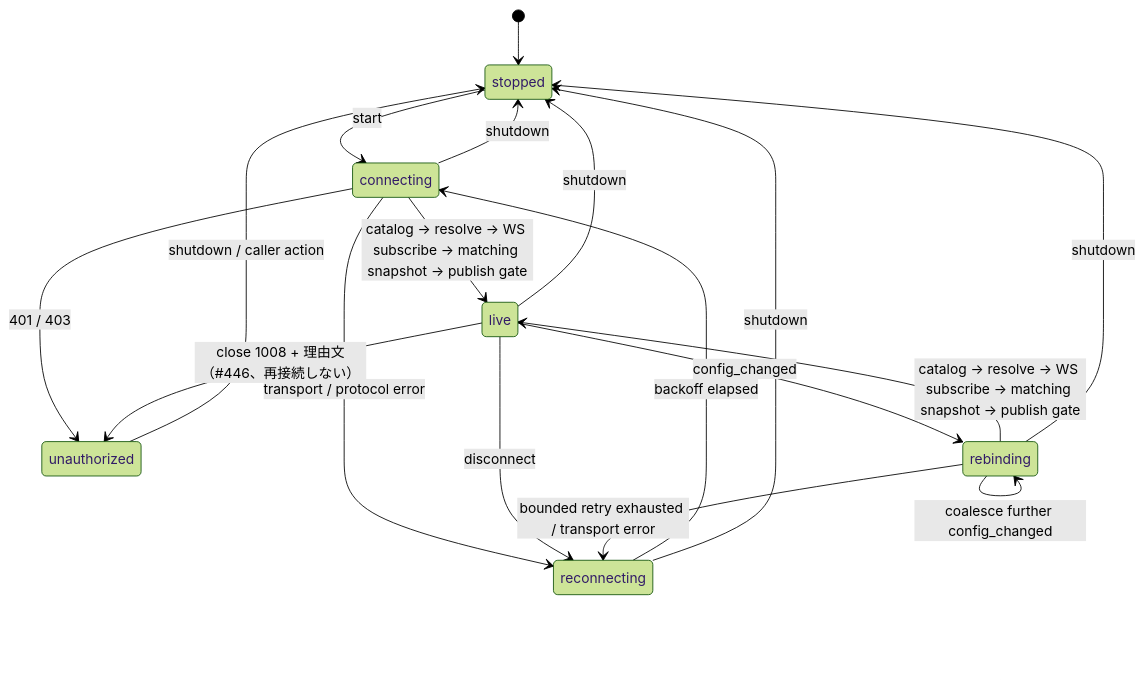
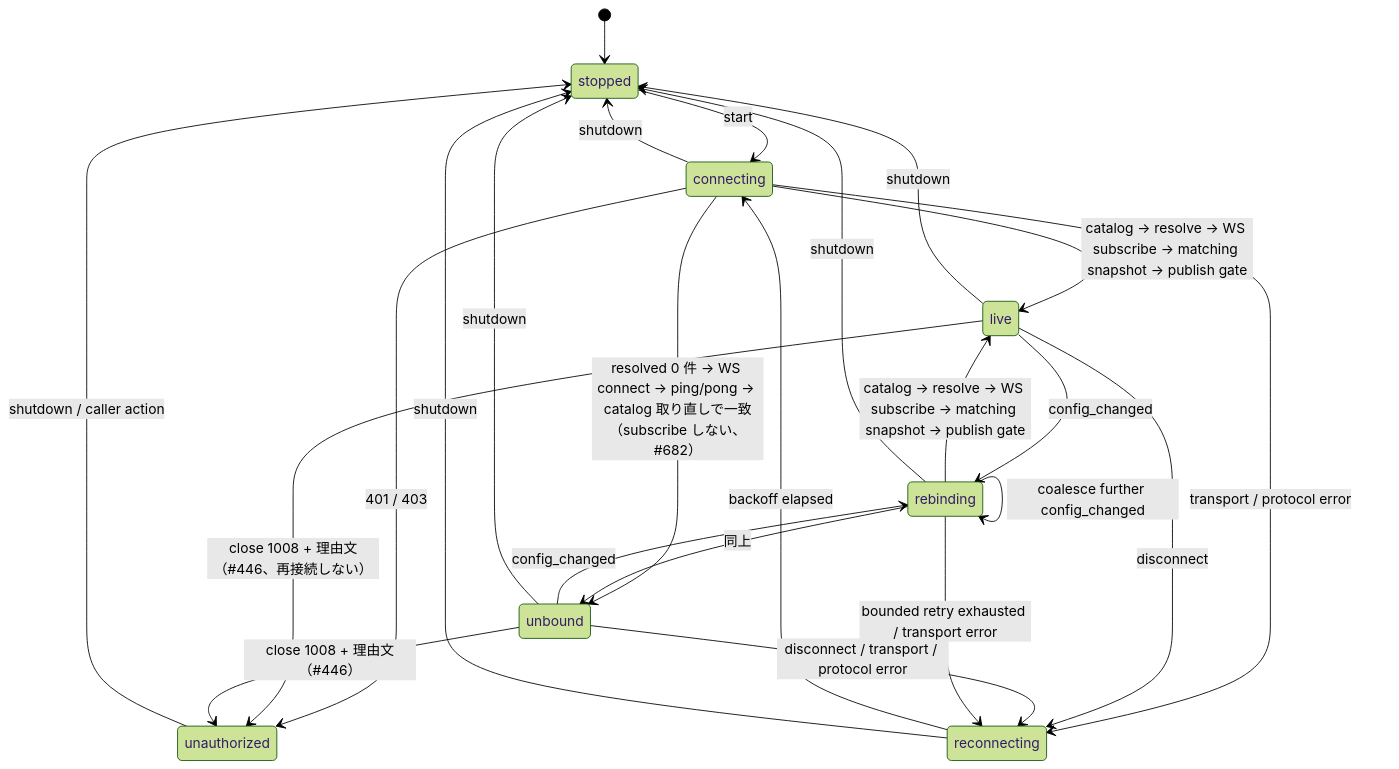
One commit to tyaro/banto-industrial changed the second of 3 diagrams in docs/banto-tagclient-design.md. Above: the diagram before and after it, drawn with Mermaid (forest theme). The commit also changed other lines of this file and 12 other files, not shown here.

````diff
--- a/docs/banto-tagclient-design.md
+++ b/docs/banto-tagclient-design.md
@@ -381,20 +381,26 @@
 ```mermaid
 stateDiagram-v2
 	[*] --> stopped
 	stopped --> connecting: start
 	connecting --> live: catalog → resolve → WS subscribe → matching snapshot → publish gate
 	connecting --> unauthorized: 401 / 403
 	connecting --> reconnecting: transport / protocol error
 	live --> reconnecting: disconnect
 	live --> unauthorized: close 1008 + 理由文（#446、再接続しない）
 	live --> rebinding: config_changed
+	connecting --> unbound: resolved 0 件 → WS connect → ping/pong → catalog 取り直しで一致（subscribe しない、#682）
+	rebinding --> unbound: 同上
+	unbound --> rebinding: config_changed
+	unbound --> reconnecting: disconnect / transport / protocol error
+	unbound --> unauthorized: close 1008 + 理由文（#446）
+	unbound --> stopped: shutdown
 	rebinding --> rebinding: coalesce further config_changed
 	rebinding --> live: catalog → resolve → WS subscribe → matching snapshot → publish gate
 	rebinding --> reconnecting: bounded retry exhausted / transport error
 	reconnecting --> connecting: backoff elapsed
 	unauthorized --> stopped: shutdown / caller action
 	connecting --> stopped: shutdown
 	live --> stopped: shutdown
 	rebinding --> stopped: shutdown
 	reconnecting --> stopped: shutdown
 ```
````
